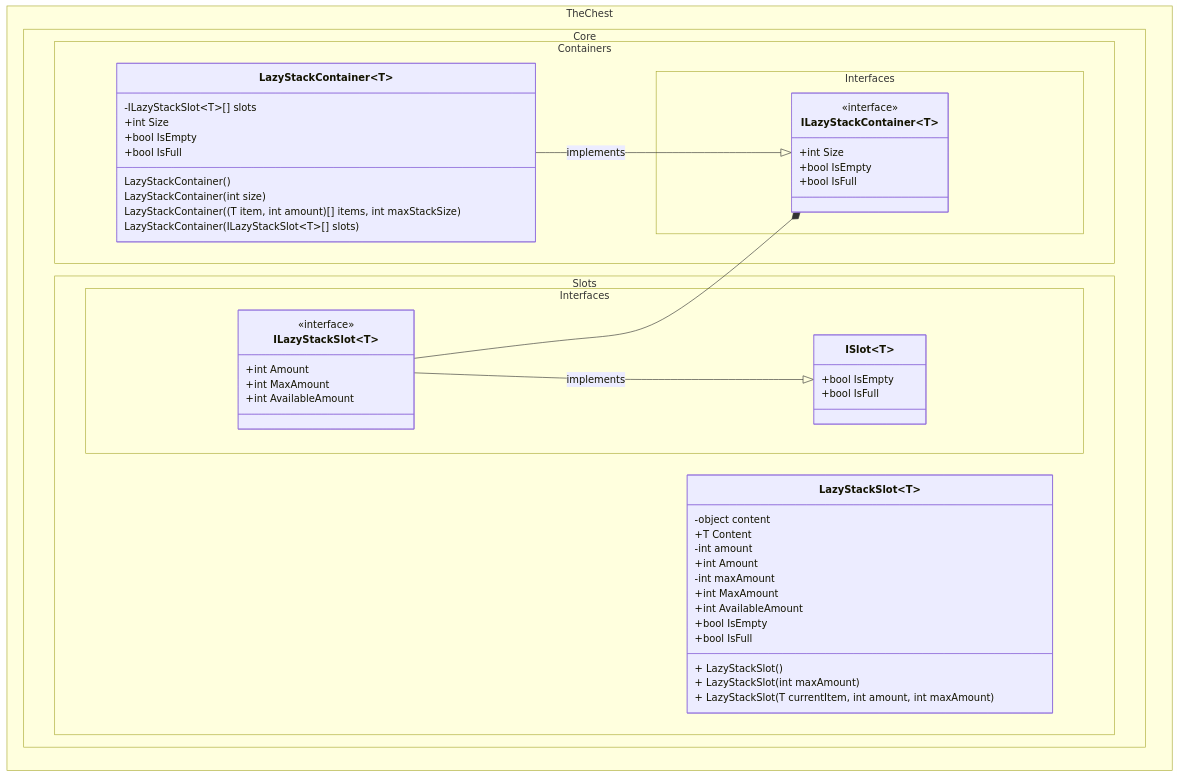
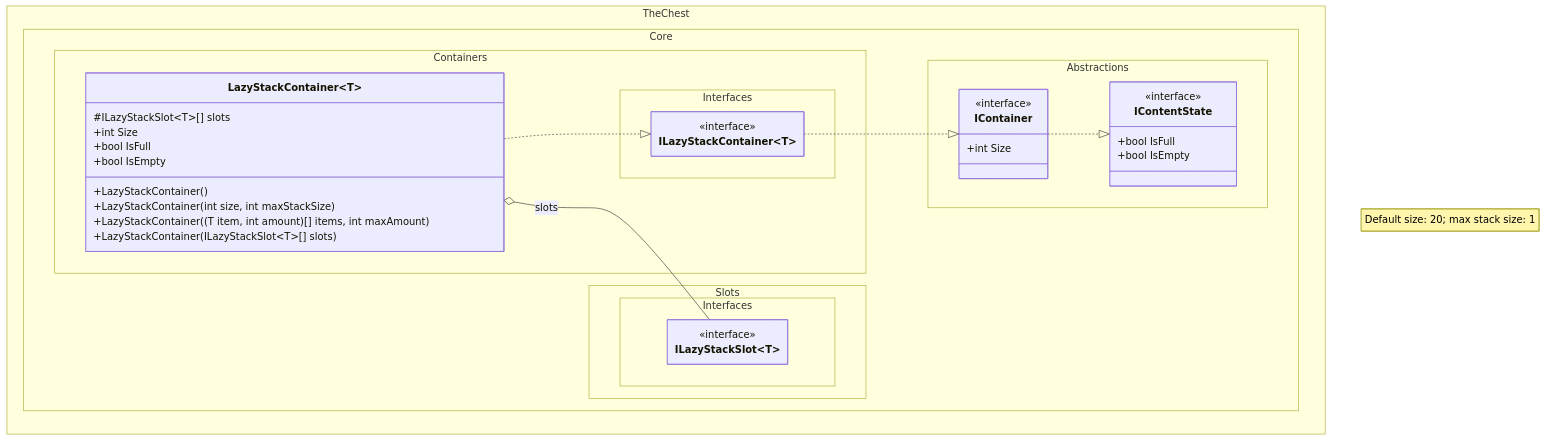
Before and after one commit to The-Chest/TheChest.Core: the third of 5 diagrams in docs/class_diagram.md, drawn with Mermaid. The commit also changed other lines of this file and 18 other files, not shown here.

````diff
--- a/docs/class_diagram.md
+++ b/docs/class_diagram.md
@@ -148,72 +120,49 @@
 ```mermaid
 ---
 config:
   theme: mc
   look: classic
   class:
     hideEmptyMembersBox: true
 ---
 classDiagram
 direction BT
-	namespace TheChest.Core.Containers.Interfaces {
-		class ILazyStackContainer~T~ {
-	        +int Size
-	        +bool IsEmpty
-	        +bool IsFull
+    namespace TheChest.Core.Abstractions {
+        class IContentState {
+            <<interface>>
+            +bool IsFull
+            +bool IsEmpty
         }
-	}
-	namespace TheChest.Core.Slots.Interfaces {
-        class ISlot~T~ {
-	        +bool IsEmpty
-	        +bool IsFull
+        class IContainer {
+            <<interface>>
+            +int Size
         }
+    }
+    namespace TheChest.Core.Containers.Interfaces {
+        class ILazyStackContainer~T~ {
+            <<interface>>
+        }
+    }
+    namespace TheChest.Core.Slots.Interfaces {
         class ILazyStackSlot~T~ {
-			+int Amount
-            +int MaxAmount
-            +int AvailableAmount
+            <<interface>>
         }
-	}
-	namespace TheChest.Core.Containers {
-		class LazyStackContainer~T~ {
-			-ILazyStackSlot~T~[] slots
-
-			LazyStackContainer()
-			LazyStackContainer(int size)
-			LazyStackContainer((T item, int amount)[] items, int maxStackSize)
-			LazyStackContainer(ILazyStackSlot~T~[] slots)
-
-			+int Size
-			+bool IsEmpty
-			+bool IsFull
+    }
+    namespace TheChest.Core.Containers {
+        class LazyStackContainer~T~ {
+            #ILazyStackSlot~T~[] slots
+            +int Size
+            +bool IsFull
+            +bool IsEmpty
+            +LazyStackContainer()
+            +LazyStackContainer(int size, int maxStackSize)
+            +LazyStackContainer((T item, int amount)[] items, int maxAmount)
+            +LazyStackContainer(ILazyStackSlot~T~[] slots)
         }
-	}
-
-	namespace TheChest.Core.Slots {
-		class LazyStackSlot~T~{
-			-object content
-			+T Content
-
-			-int amount            
-			+int Amount
-
-			-int maxAmount
-			+int MaxAmount
-
-            +int AvailableAmount
-
-			+ LazyStackSlot()
-			+ LazyStackSlot(int maxAmount)
-			+ LazyStackSlot(T currentItem, int amount, int maxAmount)
-
-			+bool IsEmpty
-			+bool IsFull
-		}
-	}
-
-	<<interface>> ILazyStackContainer
-    <<interface>> ILazyStackSlot
-
-    LazyStackContainer --|> ILazyStackContainer : implements
-    ILazyStackSlot --|> ISlot : implements
-    ILazyStackSlot --* ILazyStackContainer
+    }
+    IContainer ..|> IContentState
+    ILazyStackContainer~T~ ..|> IContainer
+    LazyStackContainer~T~ ..|> ILazyStackContainer~T~
+    LazyStackContainer~T~ o-- ILazyStackSlot~T~ : slots
+    note for LazyStackContainer~T~ "Default size: 20; max stack size: 1"
 ```
````
